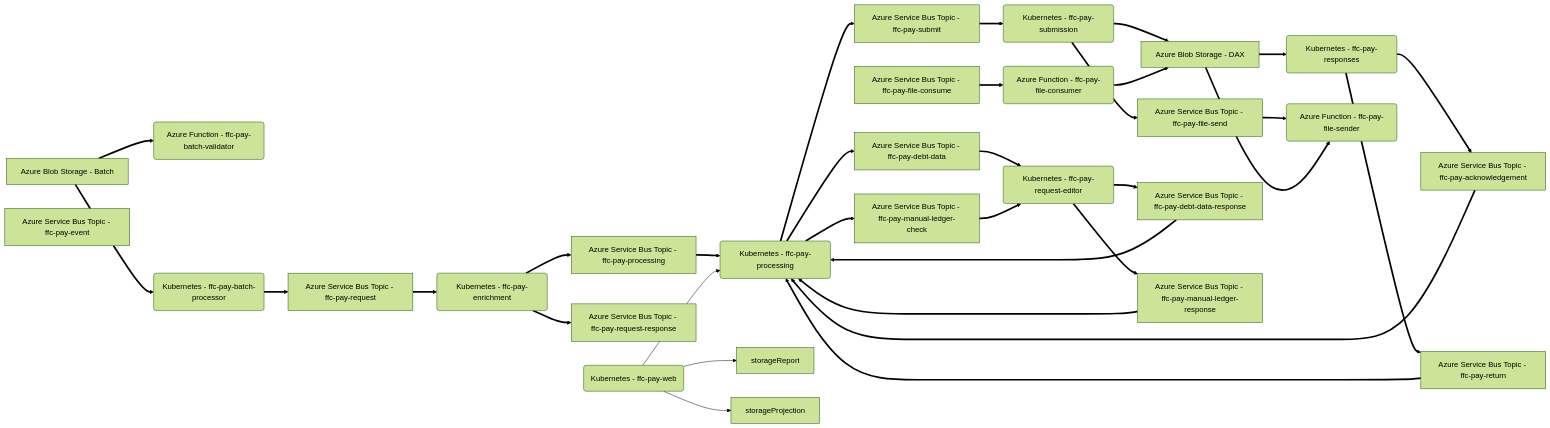
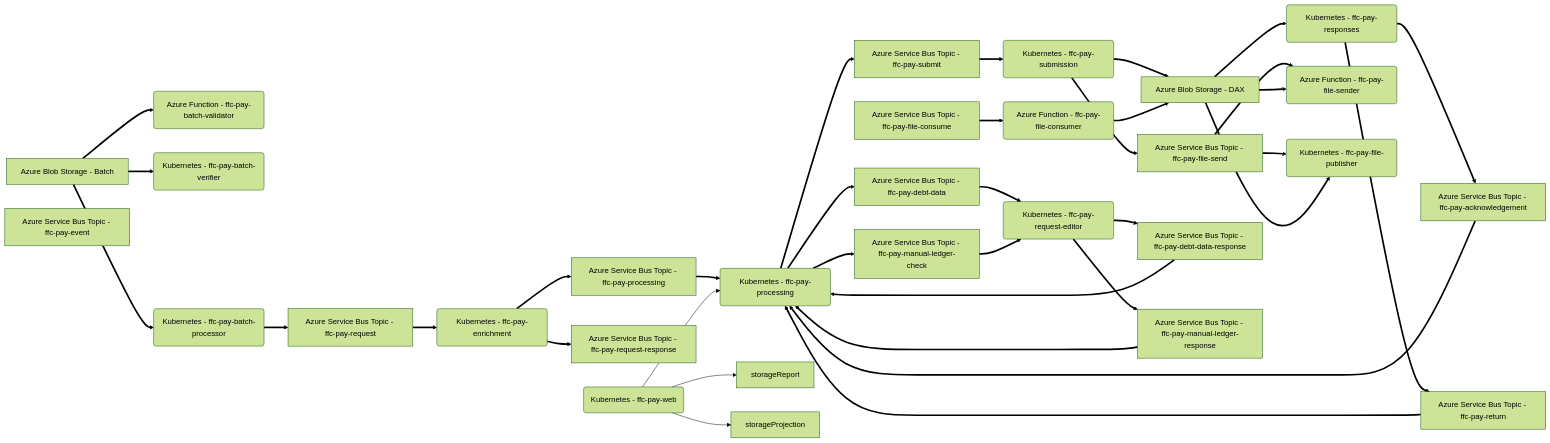
Before and after one commit to DEFRA/ffc-pay-core: the first of 3 diagrams in README.md, drawn with Mermaid (forest theme). The commit also changed 10 other files, not shown here.

Commit message:
Add verifier and file publisher

````diff
--- a/README.md
+++ b/README.md
@@ -37,65 +37,70 @@
 ```mermaid
 flowchart LR
 ffc-pay-batch-validator(Azure Function - ffc-pay-batch-validator)
+ffc-pay-batch-verifier(Kubernetes - ffc-pay-batch-verifier)
 ffc-pay-batch-processor(Kubernetes - ffc-pay-batch-processor)
 ffc-pay-enrichment(Kubernetes - ffc-pay-enrichment)
 ffc-pay-processing(Kubernetes - ffc-pay-processing)
 ffc-pay-submission(Kubernetes - ffc-pay-submission)
 ffc-pay-responses(Kubernetes - ffc-pay-responses)
 ffc-pay-request-editor(Kubernetes - ffc-pay-request-editor)
 ffc-pay-web(Kubernetes - ffc-pay-web)
 ffc-pay-file-sender(Azure Function - ffc-pay-file-sender)
+ffc-pay-file-publisher(Kubernetes - ffc-pay-file-publisher)
 ffc-pay-file-consumer(Azure Function - ffc-pay-file-consumer)
 
 storageBatch[Azure Blob Storage - Batch]
 storageDAX[Azure Blob Storage - DAX]
 
 topicRequest[Azure Service Bus Topic - ffc-pay-request]
 topicResponse[Azure Service Bus Topic - ffc-pay-request-response]
 topicProcessing[Azure Service Bus Topic - ffc-pay-processing]
 topicSubmit[Azure Service Bus Topic - ffc-pay-submit]
 topicFileSend[Azure Service Bus Topic - ffc-pay-file-send]
 topicFileConsume[Azure Service Bus Topic - ffc-pay-file-consume]
 topicReturn[Azure Service Bus Topic - ffc-pay-return]
 topicAck[Azure Service Bus Topic - ffc-pay-acknowledgement]
 topicDebt[Azure Service Bus Topic - ffc-pay-debt-data]
 topicDebtResponse[Azure Service Bus Topic - ffc-pay-debt-data-response]
 topicLedger[Azure Service Bus Topic - ffc-pay-manual-ledger-check]
 topicLedgerResponse[Azure Service Bus Topic - ffc-pay-manual-ledger-response]
 topicEvent[Azure Service Bus Topic - ffc-pay-event]
 
 storageBatch ==> ffc-pay-batch-validator
+storageBatch ==> ffc-pay-batch-verifier
 storageBatch ==> ffc-pay-batch-processor
 ffc-pay-batch-processor ==> topicRequest
 topicRequest ==> ffc-pay-enrichment
 ffc-pay-enrichment ==> topicResponse
 ffc-pay-enrichment ==> topicProcessing
 topicProcessing ==> ffc-pay-processing
 ffc-pay-processing ==> topicSubmit
 topicSubmit ==> ffc-pay-submission
 ffc-pay-submission ==> storageDAX
 ffc-pay-submission ==> topicFileSend
 topicFileSend ==> ffc-pay-file-sender
+topicFileSend ==> ffc-pay-file-publisher
 storageDAX ==> ffc-pay-file-sender
+storageDAX ==> ffc-pay-file-publisher
 
 topicFileConsume ==> ffc-pay-file-consumer
 ffc-pay-file-consumer ==> storageDAX
 storageDAX ==> ffc-pay-responses
 ffc-pay-responses ==> topicAck
 ffc-pay-responses ==> topicReturn
 topicAck ==> ffc-pay-processing
 topicReturn ==> ffc-pay-processing
 
 ffc-pay-processing ==> topicDebt
 ffc-pay-processing ==> topicLedger
 topicDebt ==> ffc-pay-request-editor
 topicLedger ==> ffc-pay-request-editor
 ffc-pay-request-editor ==> topicDebtResponse
 ffc-pay-request-editor ==> topicLedgerResponse
 topicDebtResponse ==> ffc-pay-processing
 topicLedgerResponse ==> ffc-pay-processing
 
 ffc-pay-web --> ffc-pay-processing
 ffc-pay-web --> storageReport
 ffc-pay-web --> storageProjection
 ```
````
